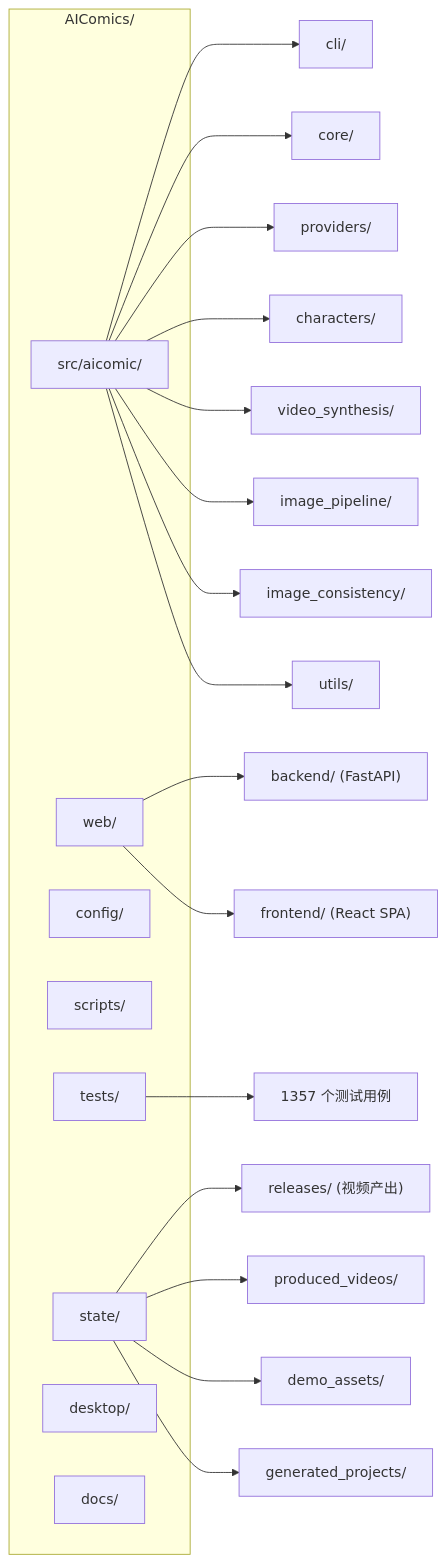
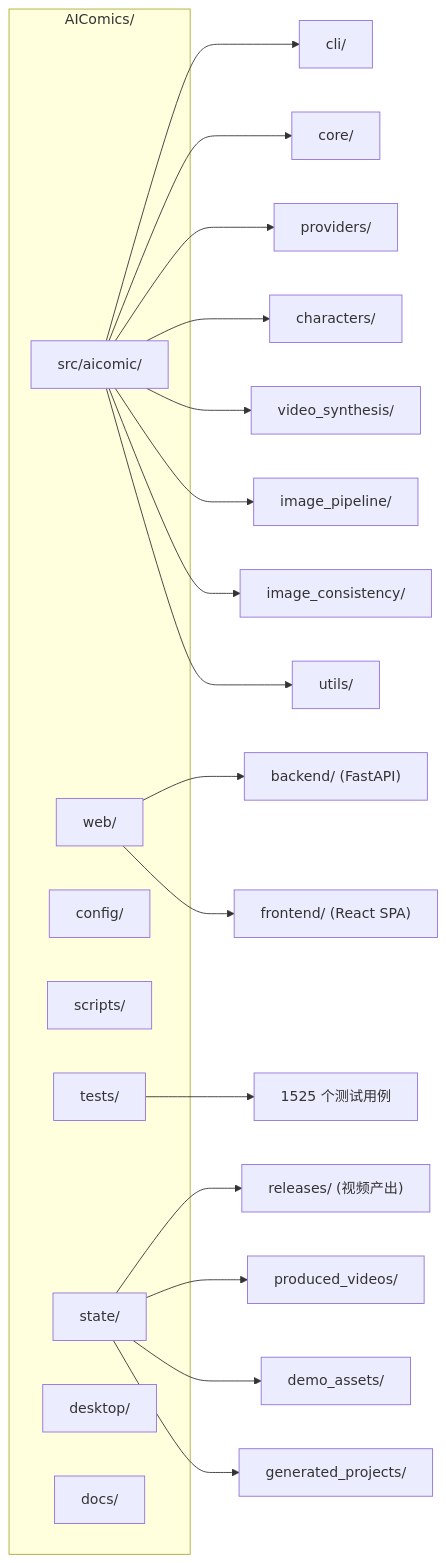
The fourth of 4 diagrams in data/readmes/chfr19820610-cell__AIComics.md (zqf20096327/ai_collect), drawn with Mermaid before and after one commit. The commit also changed other lines of this file and 2300 other files, not shown here.

````diff
--- a/data/readmes/chfr19820610-cell__AIComics.md
+++ b/data/readmes/chfr19820610-cell__AIComics.md
@@ -582,32 +623,32 @@
 ```mermaid
 graph LR
     subgraph Root["AIComics/"]
         SRC["src/aicomic/"]
         WEB["web/"]
         CFG["config/"]
         SCR["scripts/"]
         TST["tests/"]
         ST["state/"]
         DSK["desktop/"]
         DOCS["docs/"]
     end
 
     SRC --> CLI["cli/"]
     SRC --> CORE["core/"]
     SRC --> PROV2["providers/"]
     SRC --> CHAR2["characters/"]
     SRC --> VS["video_synthesis/"]
     SRC --> IMG2["image_pipeline/"]
     SRC --> IC["image_consistency/"]
     SRC --> UTL["utils/"]
 
     WEB --> BE["backend/ (FastAPI)"]
     WEB --> FE["frontend/ (React SPA)"]
 
-    TST --> T1357["1357 个测试用例"]
+    TST --> T1525["1525 个测试用例"]
 
     ST --> REL["releases/ (视频产出)"]
     ST --> PV["produced_videos/"]
     ST --> DA["demo_assets/"]
     ST --> GP["generated_projects/"]
 ```
````
